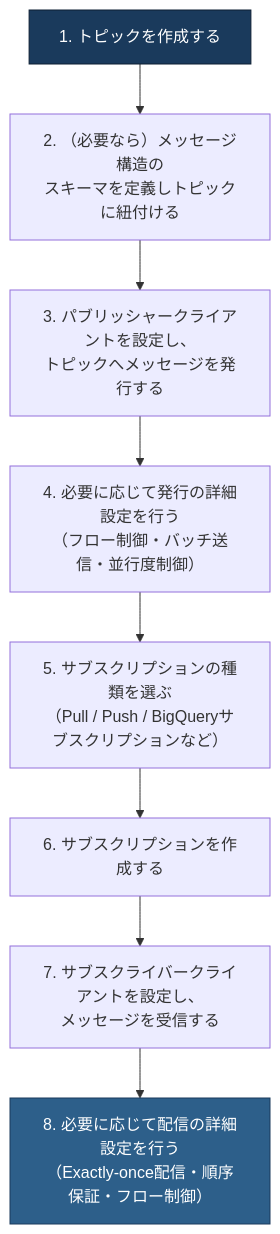
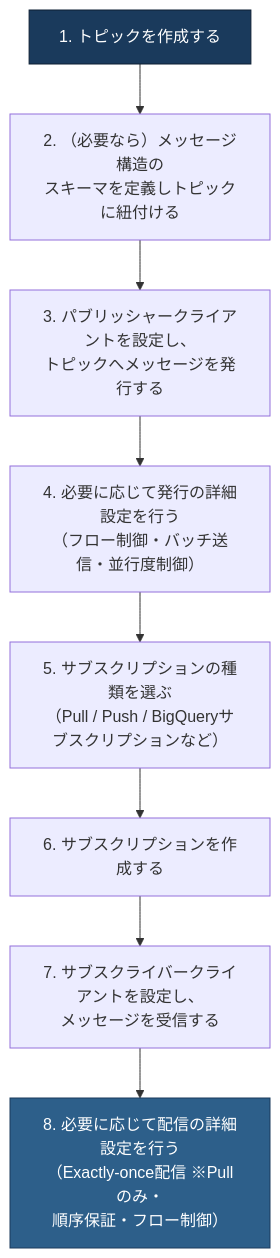
Before and after one commit to myoshi2891/Cloud-Infrastructure-Studies: the fifth of 15 diagrams in Gcp-professional-cloud-developer-section4.md, drawn with Mermaid. The commit also changed other lines of this file and 2 other files, not shown here.

````diff
--- a/Gcp-professional-cloud-developer-section4.md
+++ b/Gcp-professional-cloud-developer-section4.md
@@ -240,13 +240,13 @@
 ```mermaid
 flowchart TD
     A["1. トピックを作成する"] --> B["2. （必要なら）メッセージ構造の<br/>スキーマを定義しトピックに紐付ける"]
     B --> C["3. パブリッシャークライアントを設定し、<br/>トピックへメッセージを発行する"]
     C --> D["4. 必要に応じて発行の詳細設定を行う<br/>（フロー制御・バッチ送信・並行度制御）"]
     D --> E["5. サブスクリプションの種類を選ぶ<br/>（Pull / Push / BigQueryサブスクリプションなど）"]
     E --> F["6. サブスクリプションを作成する"]
     F --> G["7. サブスクライバークライアントを設定し、<br/>メッセージを受信する"]
-    G --> H["8. 必要に応じて配信の詳細設定を行う<br/>（Exactly-once配信・順序保証・フロー制御）"]
+    G --> H["8. 必要に応じて配信の詳細設定を行う<br/>（Exactly-once配信 ※Pullのみ・<br/>順序保証・フロー制御）"]
 
     style A fill:#1a3a5c,stroke:#0d1f33,color:#ffffff
     style H fill:#2d5f8a,stroke:#1a3a5c,color:#ffffff
 ```
````
